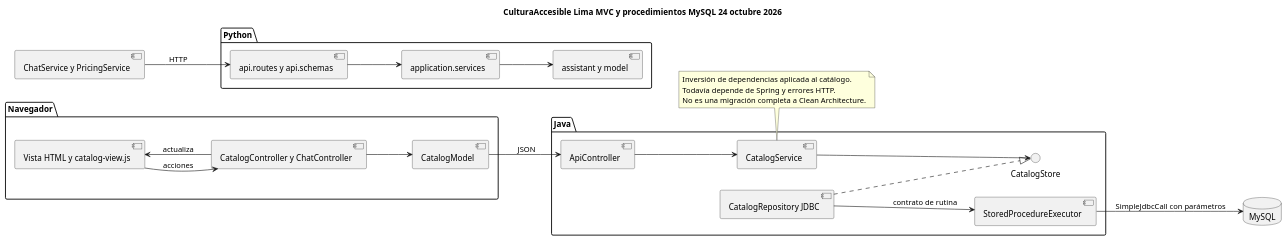
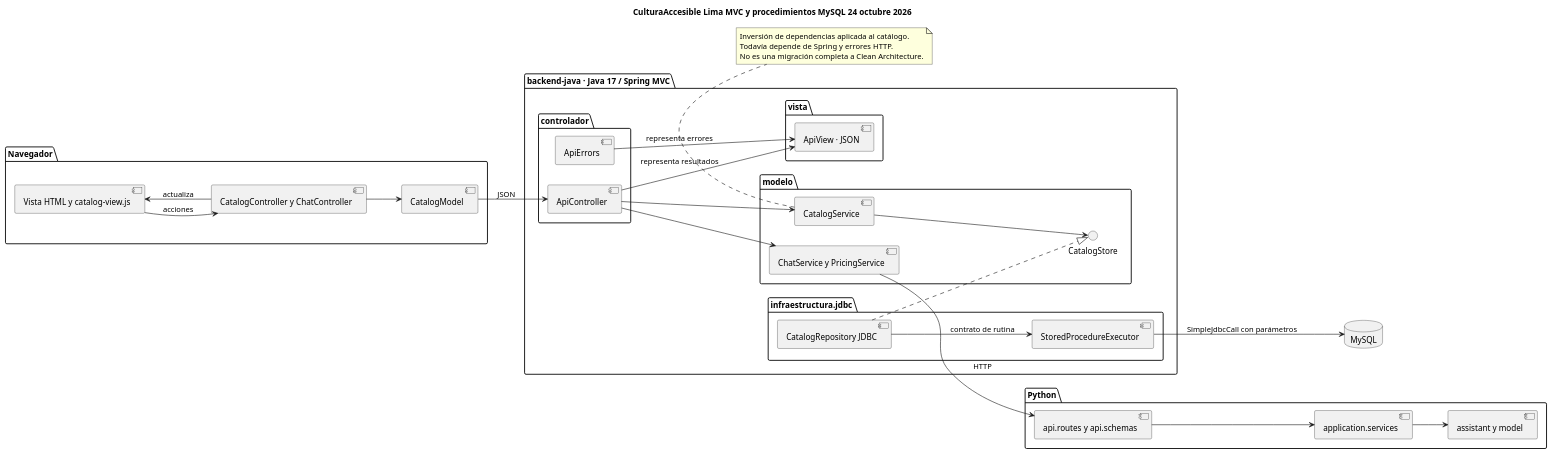
Before and after one commit to roykevinh9-boop/culturaaccesible-lima: the diagram in docs/arquitectura-mvc-1.4.puml, drawn with PlantUML. The commit also changed 42 other files, not shown here.

Commit message:
Identificar backend Java y organizar paquetes MVC

```diff
--- a/docs/arquitectura-mvc-1.4.puml
+++ b/docs/arquitectura-mvc-1.4.puml
@@ -1,39 +1,53 @@
 @startuml
 title CulturaAccesible Lima MVC y procedimientos MySQL 24 octubre 2026
 left to right direction
 package Navegador {
   [Vista HTML y catalog-view.js] as View
   [CatalogController y ChatController] as Controller
   [CatalogModel] as Model
   Controller --> View : actualiza
   View --> Controller : acciones
   Controller --> Model
 }
-package Java {
-  [ApiController] as API
-  [CatalogService] as Service
-  interface CatalogStore as Port
-  [CatalogRepository JDBC] as JDBC
-  [StoredProcedureExecutor] as Procedures
+package "backend-java · Java 17 / Spring MVC" {
+  package controlador {
+    [ApiController] as API
+    [ApiErrors] as Errors
+  }
+  package modelo {
+    [CatalogService] as Service
+    interface CatalogStore as Port
+    [ChatService y PricingService] as PythonClients
+  }
+  package vista {
+    [ApiView · JSON] as JsonView
+  }
+  package "infraestructura.jdbc" {
+    [CatalogRepository JDBC] as JDBC
+    [StoredProcedureExecutor] as Procedures
+  }
   API --> Service
+  API --> JsonView : representa resultados
+  Errors --> JsonView : representa errores
+  API --> PythonClients
   Service --> Port
   JDBC ..|> Port
   JDBC --> Procedures : contrato de rutina
 }
 database MySQL
 Model --> API : JSON
 Procedures --> MySQL : SimpleJdbcCall con parámetros
 package Python {
   [api.routes y api.schemas] as Routes
   [application.services] as UseCases
   [assistant y model] as ML
   Routes --> UseCases
   UseCases --> ML
 }
-[ChatService y PricingService] --> Routes : HTTP
+PythonClients --> Routes : HTTP
 note bottom of Service
 Inversión de dependencias aplicada al catálogo.
 Todavía depende de Spring y errores HTTP.
 No es una migración completa a Clean Architecture.
 end note
 @enduml
```
